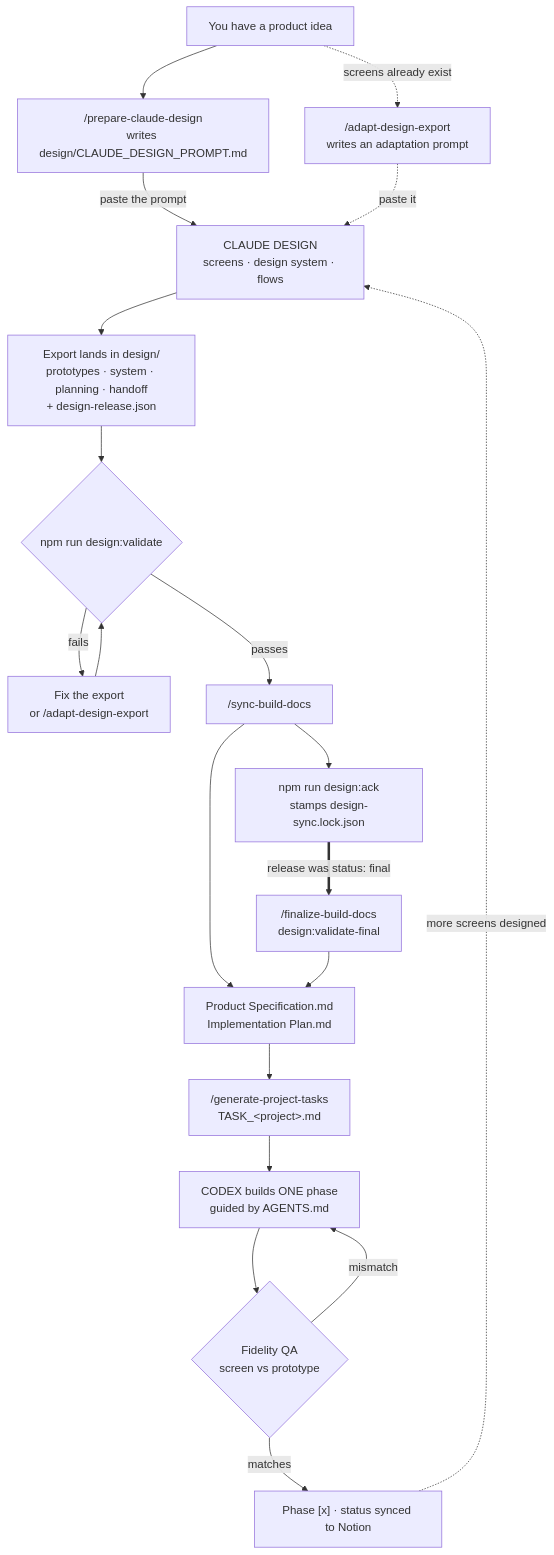
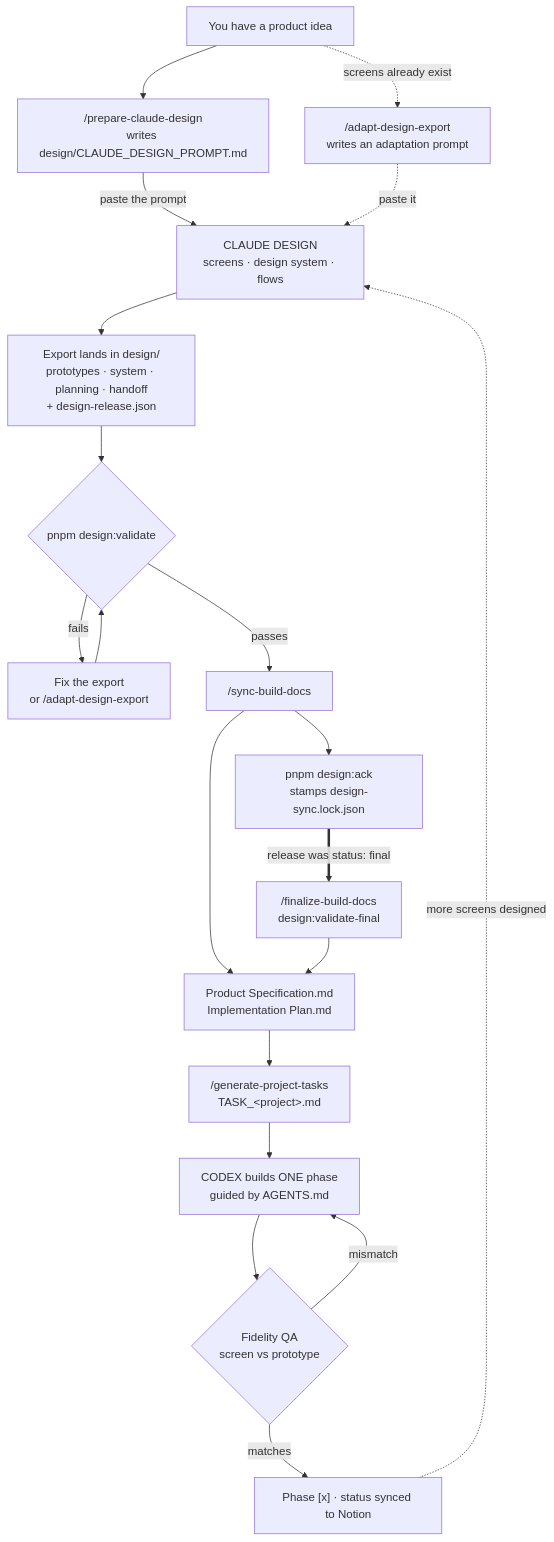
Before and after one commit to jade-kenneth/ai-media-creator: the first of 2 diagrams in docs/claude-design-flow.md, drawn with Mermaid. The commit also changed other lines of this file and 52 other files, not shown here.

````diff
--- a/docs/claude-design-flow.md
+++ b/docs/claude-design-flow.md
@@ -32,30 +32,30 @@
 ```mermaid
 flowchart TD
   IDEA["You have a product idea"]
 
   IDEA --> PREP["/prepare-claude-design<br/>writes design/CLAUDE_DESIGN_PROMPT.md"]
   PREP -->|paste the prompt| CD["CLAUDE DESIGN<br/>screens · design system · flows"]
 
   IDEA -.->|screens already exist| ADAPT["/adapt-design-export<br/>writes an adaptation prompt"]
   ADAPT -.->|paste it| CD
 
   CD --> EXPORT["Export lands in design/<br/>prototypes · system · planning · handoff<br/>+ design-release.json"]
 
-  EXPORT --> VAL{"npm run design:validate"}
+  EXPORT --> VAL{"pnpm design:validate"}
   VAL -->|fails| FIX["Fix the export<br/>or /adapt-design-export"]
   FIX --> VAL
 
   VAL -->|passes| SYNC["/sync-build-docs"]
   SYNC --> DOCS["Product Specification.md<br/>Implementation Plan.md"]
-  SYNC --> ACK["npm run design:ack<br/>stamps design-sync.lock.json"]
+  SYNC --> ACK["pnpm design:ack<br/>stamps design-sync.lock.json"]
 
   DOCS --> TASKS["/generate-project-tasks<br/>TASK_&lt;project&gt;.md"]
   TASKS --> CODEX["CODEX builds ONE phase<br/>guided by AGENTS.md"]
   CODEX --> QA{"Fidelity QA<br/>screen vs prototype"}
   QA -->|mismatch| CODEX
   QA -->|matches| DONE["Phase [x] · status synced to Notion"]
 
   DONE -.->|more screens designed| CD
   ACK ==>|"release was status: final"| FINAL["/finalize-build-docs<br/>design:validate-final"]
   FINAL --> DOCS
 ```
````
